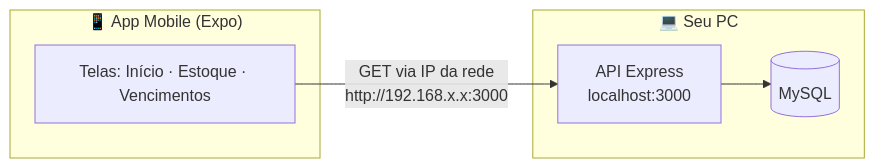
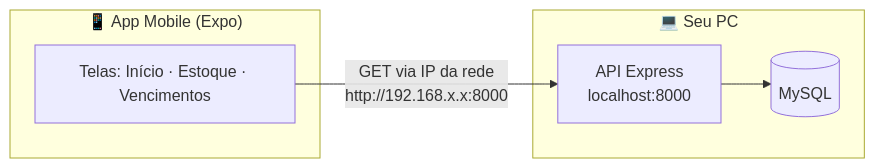
Before and after one commit to rafafrd/Atividade-Situacao-de-aprendizado: the third of 4 diagrams in README.md, drawn with Mermaid. The commit also changed other lines of this file and 5 other files, not shown here.

````diff
--- a/README.md
+++ b/README.md
@@ -215,12 +215,12 @@
 ```mermaid
 flowchart LR
     subgraph Celular ["📱 App Mobile (Expo)"]
         T["Telas: Início · Estoque · Vencimentos"]
     end
     subgraph PC ["💻 Seu PC"]
-        API["API Express\nlocalhost:3000"]
+        API["API Express\nlocalhost:8000"]
         DB[("MySQL")]
     end
-    T -->|"GET via IP da rede\nhttp://192.168.x.x:3000"| API
+    T -->|"GET via IP da rede\nhttp://192.168.x.x:8000"| API
     API --> DB
 ```
````
